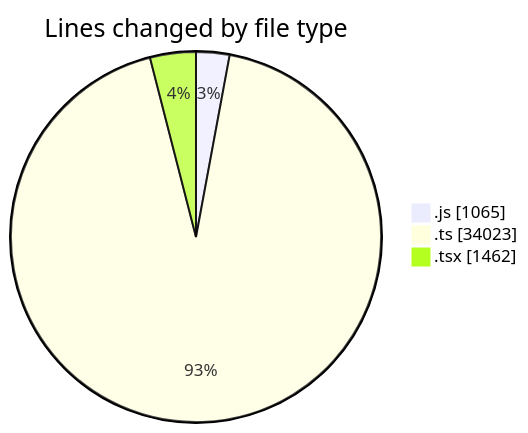
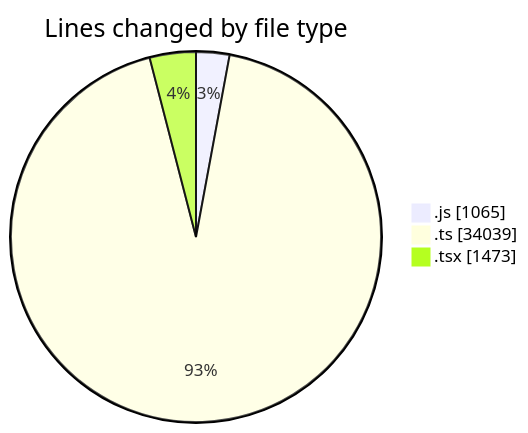
One commit to momahboobian/code-tracking changed the first of 2 diagrams in 2026-10-06/cda/README.md. Above: the diagram before and after it, drawn with Mermaid. The commit also changed other lines of this file and 1 other file, not shown here.

````diff
--- a/2026-10-06/cda/README.md
+++ b/2026-10-06/cda/README.md
@@ -43,7 +43,7 @@
 ```mermaid
 pie showData
 title Lines changed by file type
 ".js" : 1065
-".ts" : 34023
-".tsx" : 1462
+".ts" : 34039
+".tsx" : 1473
 ```
````
